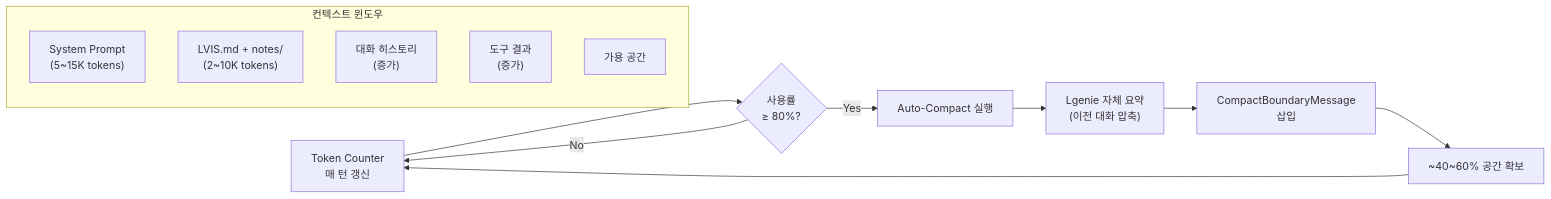
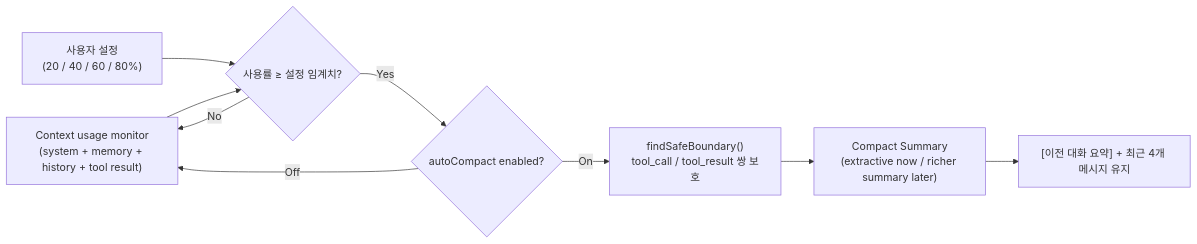
Diagram 11 of 44 in docs/architecture/architecture.md (lvis-project/lvis-app), drawn with Mermaid before and after one commit. The commit also changed other lines of this file and 10 other files, not shown here.

````diff
--- a/docs/architecture/architecture.md
+++ b/docs/architecture/architecture.md
@@ -872,25 +821,17 @@
 ```mermaid
 flowchart LR
-    subgraph "컨텍스트 윈도우"
-        SYS["System Prompt<br/>(5~15K tokens)"]
-        MEM["LVIS.md + notes/<br/>(2~10K tokens)"]
-        HIST["대화 히스토리<br/>(증가)"]
-        TOOL_RES["도구 결과<br/>(증가)"]
-        AVAIL["가용 공간"]
-    end
+    USAGE["Context usage monitor<br/>(system + memory + history + tool result)"]
+    SETTING["사용자 설정<br/>(20 / 40 / 60 / 80%)"]
+    THRESHOLD{"사용률 ≥ 설정 임계치?"}
+    MODE{"autoCompact enabled?"}
+    BOUNDARY["findSafeBoundary()<br/>tool_call / tool_result 쌍 보호"]
+    SUMMARY["Compact Summary<br/>(extractive now / richer summary later)"]
+    REWRITE["[이전 대화 요약] + 최근 4개 메시지 유지"]
 
-    MONITOR["Token Counter<br/>매 턴 갱신"]
-    THRESHOLD{"사용률<br/>≥ 80%?"}
-    COMPACT["Auto-Compact 실행"]
-    SUMMARY["Lgenie 자체 요약<br/>(이전 대화 압축)"]
-    MARKER["CompactBoundaryMessage<br/>삽입"]
-    FREED["~40~60% 공간 확보"]
-
-    MONITOR --> THRESHOLD
-    THRESHOLD -->|"Yes"| COMPACT
-    THRESHOLD -->|"No"| MONITOR
-    COMPACT --> SUMMARY
-    SUMMARY --> MARKER
-    MARKER --> FREED
-    FREED --> MONITOR
+    USAGE --> THRESHOLD
+    SETTING --> THRESHOLD
+    THRESHOLD -->|"No"| USAGE
+    THRESHOLD -->|"Yes"| MODE
+    MODE -->|"Off"| USAGE
+    MODE -->|"On"| BOUNDARY --> SUMMARY --> REWRITE
 ```
````
